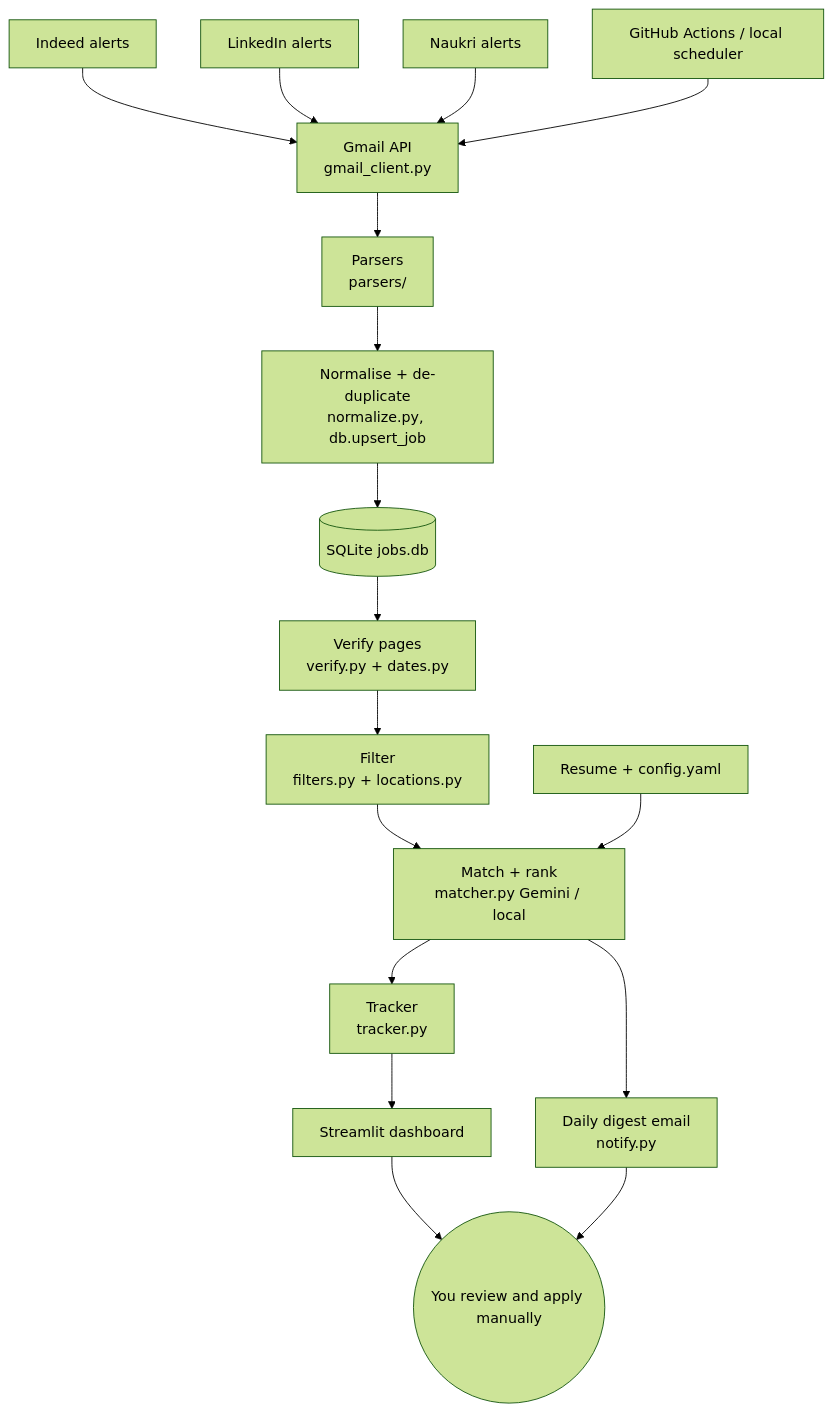
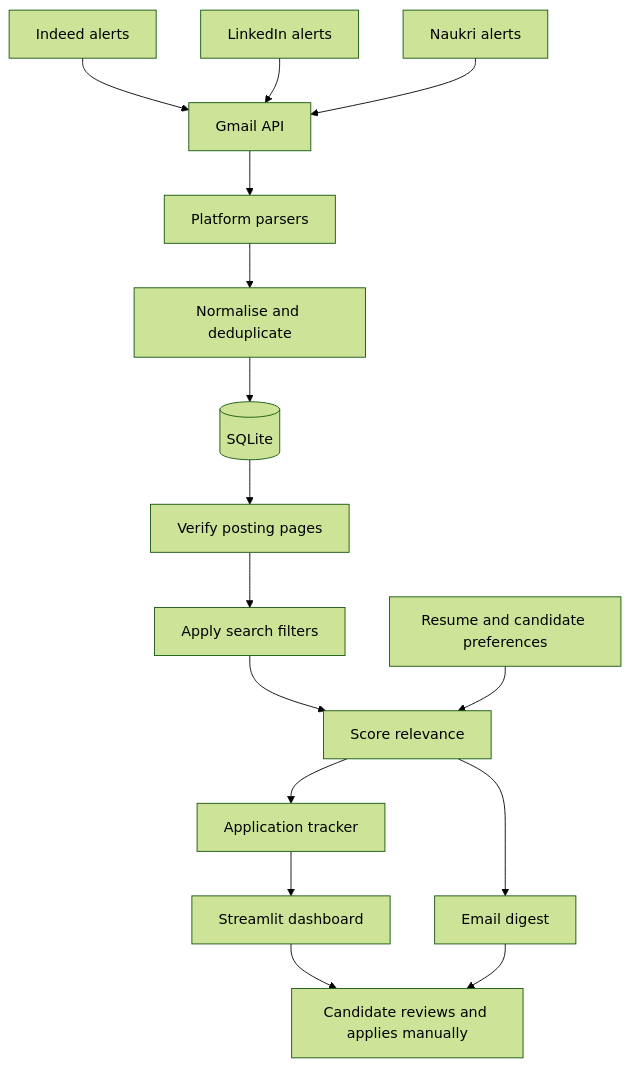
Before and after one commit to sargunkaur297-droid/job--agent: the diagram in docs/ARCHITECTURE.md, drawn with Mermaid (forest theme). The commit also changed other lines of this file, not shown here.

Commit message:
Clarify architecture and hosted execution limitations

````diff
--- a/docs/ARCHITECTURE.md
+++ b/docs/ARCHITECTURE.md
@@ -3,19 +5,18 @@
 ```mermaid
 flowchart TD
     A[Indeed alerts] --> G
     B[LinkedIn alerts] --> G
     C[Naukri alerts] --> G
-    G[Gmail API<br/>gmail_client.py] --> P[Parsers<br/>parsers/]
-    P --> N[Normalise + de-duplicate<br/>normalize.py, db.upsert_job]
-    N --> DB[(SQLite jobs.db)]
-    DB --> V[Verify pages<br/>verify.py + dates.py]
-    V --> F[Filter<br/>filters.py + locations.py]
-    F --> M[Match + rank<br/>matcher.py Gemini / local]
-    R[Resume + config.yaml] --> M
-    M --> T[Tracker<br/>tracker.py]
+    G[Gmail API] --> P[Platform parsers]
+    P --> N[Normalise and deduplicate]
+    N --> DB[(SQLite)]
+    DB --> V[Verify posting pages]
+    V --> F[Apply search filters]
+    F --> M[Score relevance]
+    R[Resume and candidate preferences] --> M
+    M --> T[Application tracker]
     T --> D[Streamlit dashboard]
-    M --> E[Daily digest email<br/>notify.py]
-    S[GitHub Actions / local scheduler] --> G
-    D --> U((You review and apply manually))
+    M --> E[Email digest]
+    D --> U[Candidate reviews and applies manually]
     E --> U
 ```
````
